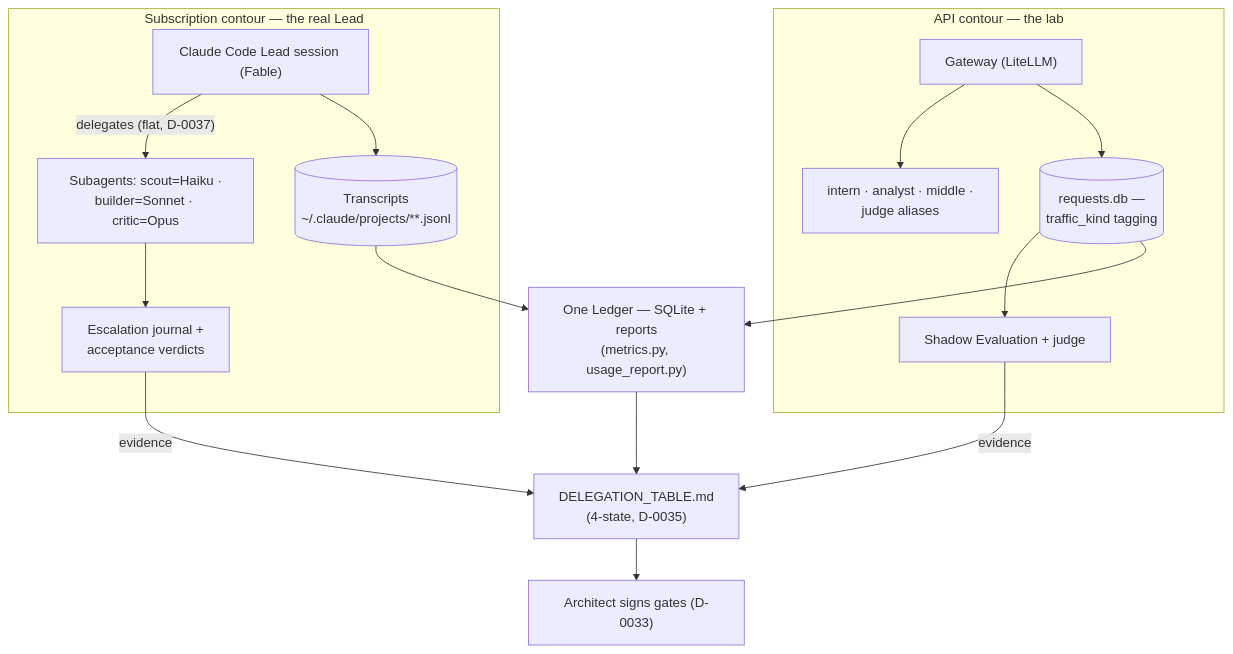
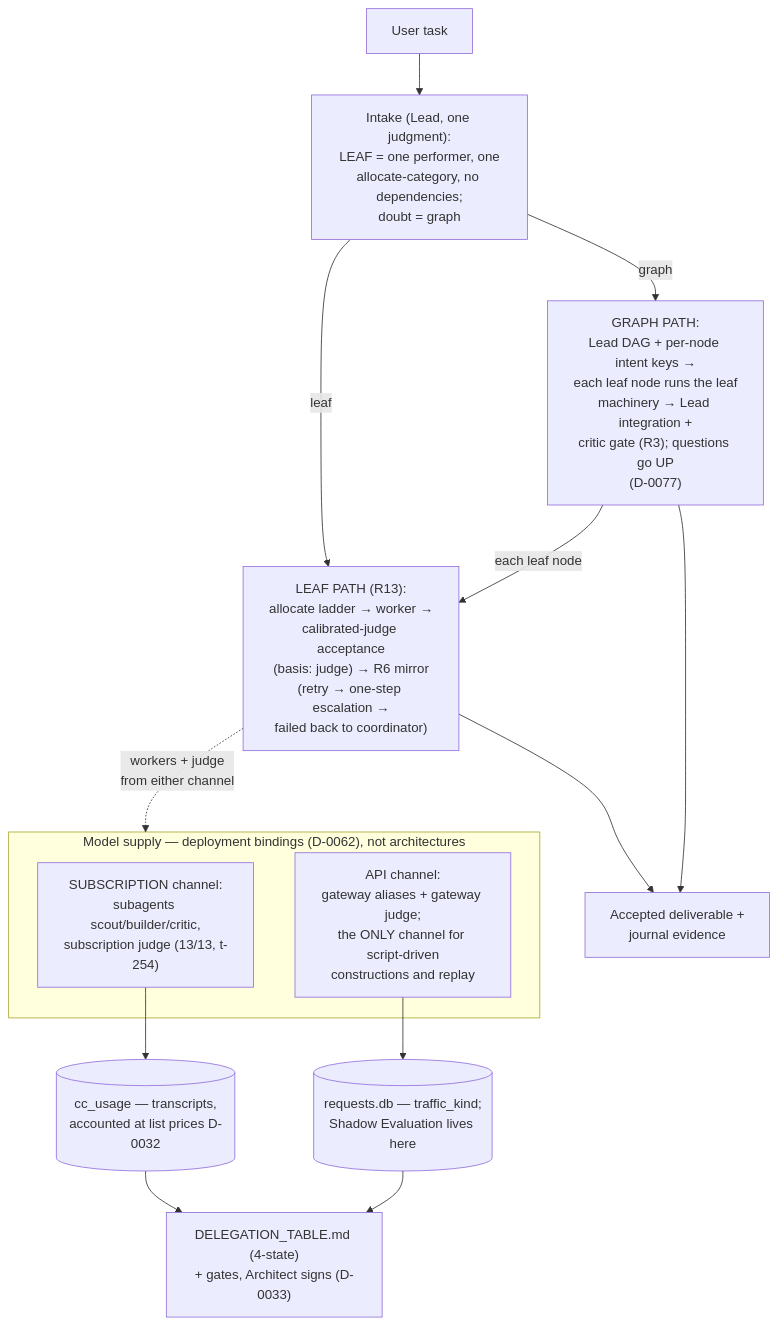
One commit to Xartaxana/Operating-System-for-LLMs changed the first of 2 diagrams in ARCHITECTURE.md. Above: the diagram before and after it, drawn with Mermaid. The commit also changed other lines of this file and 4 other files, not shown here.

````diff
--- a/ARCHITECTURE.md
+++ b/ARCHITECTURE.md
@@ -60,29 +62,20 @@
 ```mermaid
 flowchart TB
-    subgraph SUB["Subscription contour — the real Lead"]
-        CC["Claude Code Lead session (Fable)"]
-        AGENTS["Subagents: scout=Haiku ·<br/>builder=Sonnet · critic=Opus"]
-        TRANS[("Transcripts<br/>~/.claude/projects/**.jsonl")]
-        EJ["Escalation journal +<br/>acceptance verdicts"]
-        CC -->|"delegates (flat, D-0037)"| AGENTS
-        CC --> TRANS
-        AGENTS --> EJ
+    TASK["User task"] --> INTAKE["Intake (Lead, one judgment):<br/>LEAF = one performer, one<br/>allocate-category, no dependencies;<br/>doubt = graph"]
+    INTAKE -->|leaf| LEAF["LEAF PATH (R13):<br/>allocate ladder → worker →<br/>calibrated-judge acceptance<br/>(basis: judge) → R6 mirror<br/>(retry → one-step escalation →<br/>failed back to coordinator)"]
+    INTAKE -->|graph| GRAPH["GRAPH PATH:<br/>Lead DAG + per-node intent keys →<br/>each leaf node runs the leaf<br/>machinery → Lead integration +<br/>critic gate (R3); questions go UP<br/>(D-0077)"]
+    GRAPH -->|"each leaf node"| LEAF
+    LEAF --> DONE["Accepted deliverable +<br/>journal evidence"]
+    GRAPH --> DONE
+
+    subgraph SUPPLY["Model supply — deployment bindings (D-0062), not architectures"]
+        SUB2["SUBSCRIPTION channel:<br/>subagents scout/builder/critic,<br/>subscription judge (13/13, t-254)"]
+        API2["API channel:<br/>gateway aliases + gateway judge;<br/>the ONLY channel for script-driven<br/>constructions and replay"]
     end
+    LEAF -.->|"workers + judge<br/>from either channel"| SUPPLY
 
-    subgraph APIC["API contour — the lab"]
-        GW2["Gateway (LiteLLM)"]
-        ALIASES["intern · analyst · middle ·<br/>judge aliases"]
-        DB2[("requests.db —<br/>traffic_kind tagging")]
-        SE2["Shadow Evaluation + judge"]
-        GW2 --> ALIASES
-        GW2 --> DB2
-        DB2 --> SE2
-    end
-
-    TRANS --> LEDGER1["One Ledger — SQLite + reports<br/>(metrics.py, usage_report.py)"]
-    DB2 --> LEDGER1
-    EJ -->|evidence| TABLE1["DELEGATION_TABLE.md<br/>(4-state, D-0035)"]
-    SE2 -->|evidence| TABLE1
-    LEDGER1 --> TABLE1
-    TABLE1 --> ARCH1["Architect signs gates (D-0033)"]
+    SUB2 --> M1[("cc_usage — transcripts,<br/>accounted at list prices D-0032")]
+    API2 --> M2[("requests.db — traffic_kind;<br/>Shadow Evaluation lives here")]
+    M1 --> TABLE1["DELEGATION_TABLE.md (4-state)<br/>+ gates, Architect signs (D-0033)"]
+    M2 --> TABLE1
 ```
````
